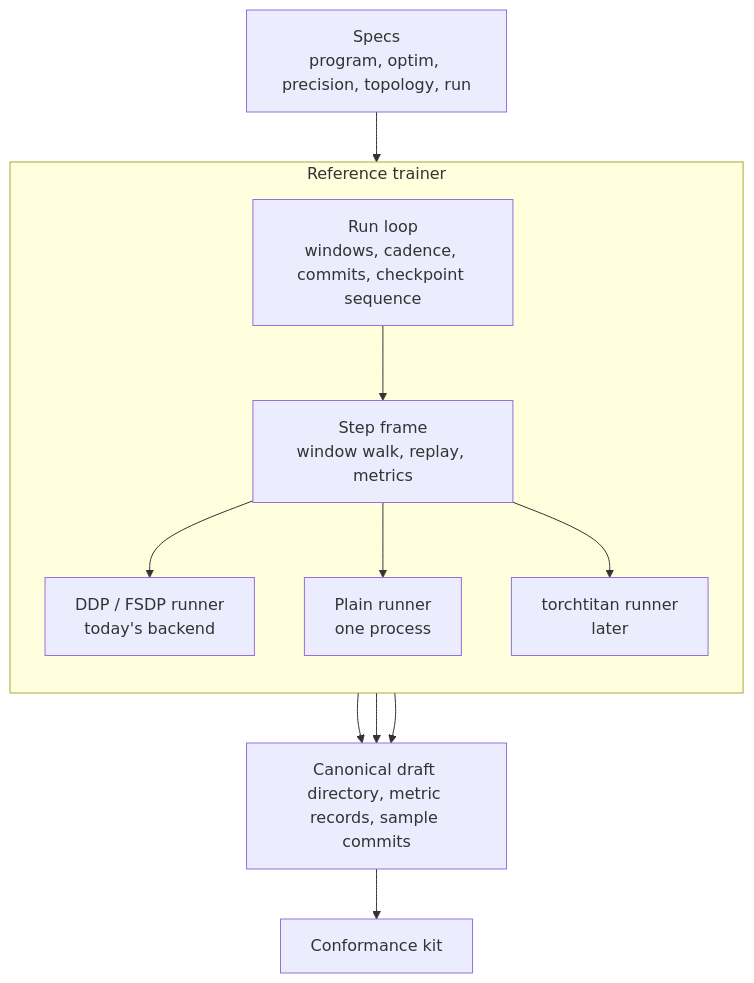
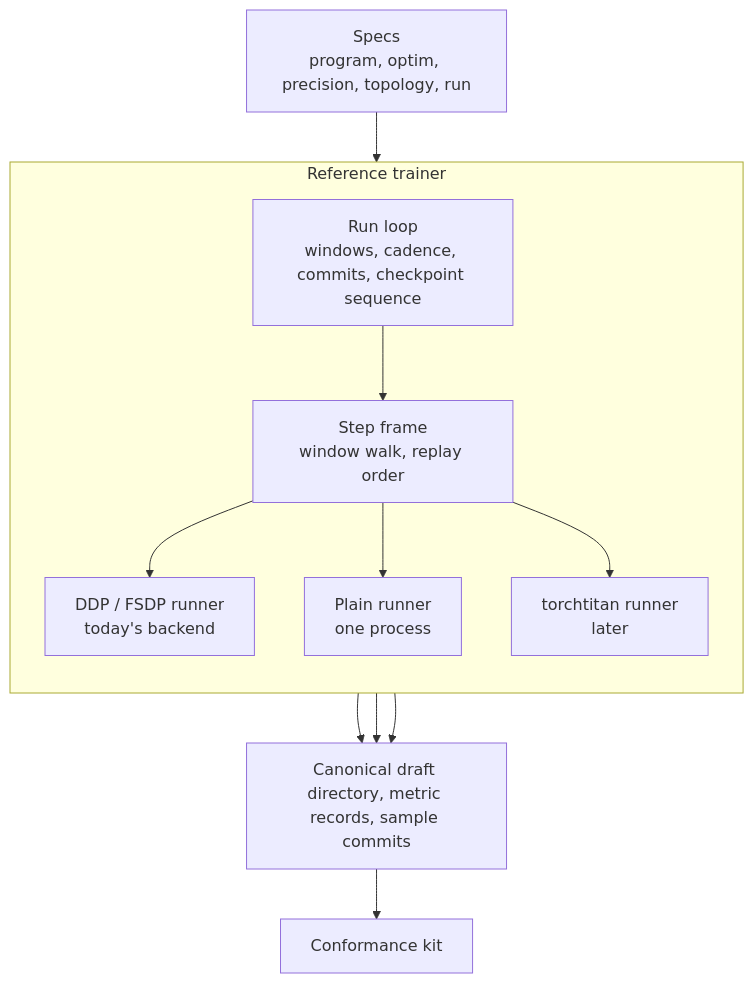
Before and after one commit to sgl-project/SpecForge: the diagram in specforge/training/BACKENDS.md, drawn with Mermaid. The commit also changed other lines of this file, not shown here.

````diff
--- a/specforge/training/BACKENDS.md
+++ b/specforge/training/BACKENDS.md
@@ -93,20 +96,20 @@
 ```mermaid
 flowchart TB
   SPEC["Specs<br/>program, optim, precision, topology, run"]
   subgraph REF["Reference trainer"]
     direction TB
     LOOP["Run loop<br/>windows, cadence, commits, checkpoint sequence"]
-    FRAME["Step frame<br/>window walk, replay, metrics"]
+    FRAME["Step frame<br/>window walk, replay order"]
     LOOP --> FRAME
     FRAME --> FSDP["DDP / FSDP runner<br/>today's backend"]
     FRAME --> PLAIN["Plain runner<br/>one process"]
     FRAME --> TITAN["torchtitan runner<br/>later"]
   end
   ART["Canonical draft directory, metric records, sample commits"]
   KIT["Conformance kit"]
   SPEC --> LOOP
   FSDP --> ART
   PLAIN --> ART
   TITAN --> ART
   ART --> KIT
 ```
````
